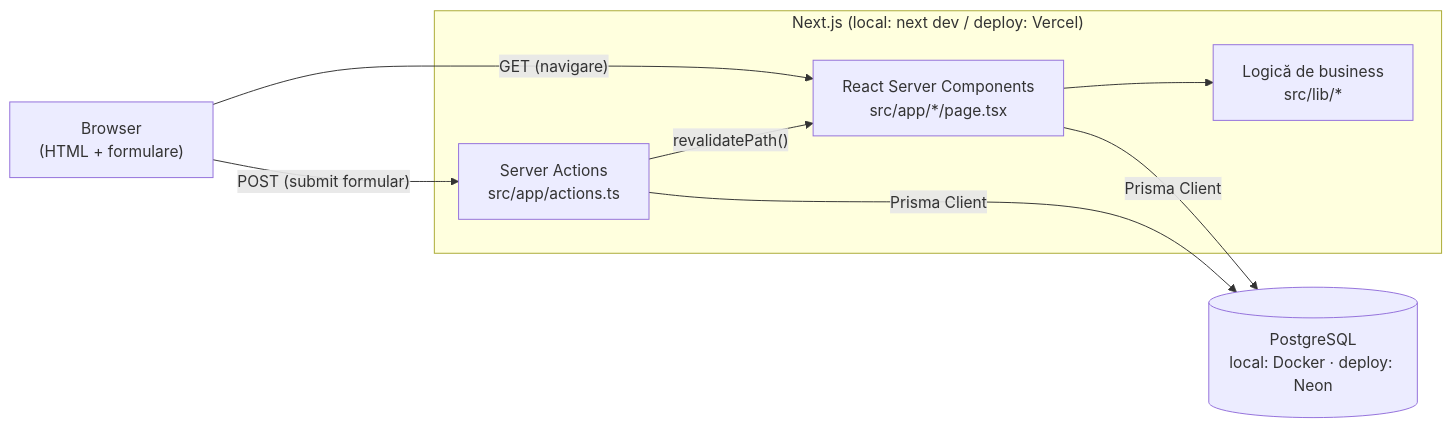
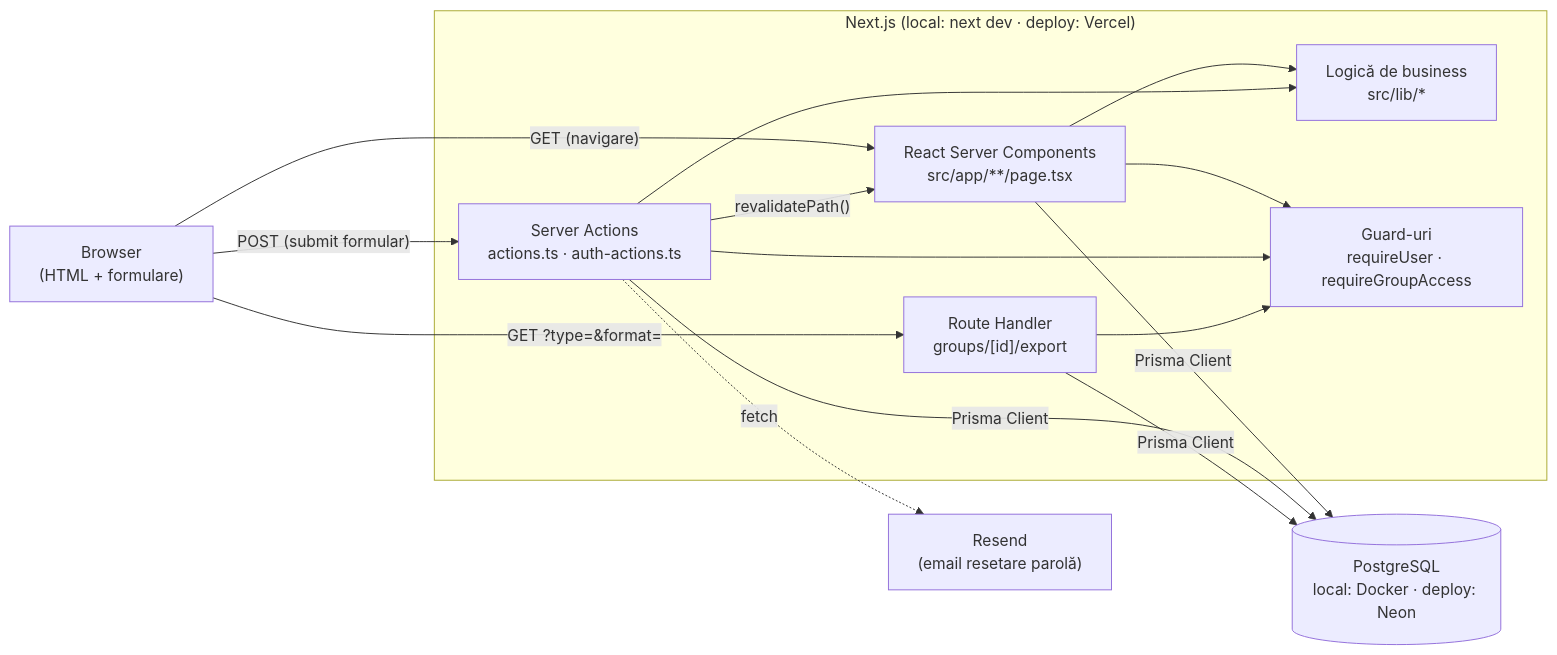
One commit to anapascu-08/expense-splitter changed the first of 5 diagrams in ARCHITECTURE.md. Above: the diagram before and after it, drawn with Mermaid. The commit also changed other lines of this file, not shown here.

Commit message:
docs(architecture): update project architecture details and clarify authentication flow

````diff
--- a/ARCHITECTURE.md
+++ b/ARCHITECTURE.md
@@ -19,17 +16,27 @@
 ```mermaid
 flowchart LR
   Browser["Browser<br/>(HTML + formulare)"]
-  subgraph App["Next.js (local: next dev / deploy: Vercel)"]
-    RSC["React Server Components<br/>src/app/*/page.tsx"]
-    Actions["Server Actions<br/>src/app/actions.ts"]
+  subgraph App["Next.js (local: next dev · deploy: Vercel)"]
+    RSC["React Server Components<br/>src/app/**/page.tsx"]
+    Actions["Server Actions<br/>actions.ts · auth-actions.ts"]
+    Route["Route Handler<br/>groups/[id]/export"]
     Logic["Logică de business<br/>src/lib/*"]
+    Guard["Guard-uri<br/>requireUser · requireGroupAccess"]
   end
   DB[("PostgreSQL<br/>local: Docker · deploy: Neon")]
+  Resend["Resend<br/>(email resetare parolă)"]
 
   Browser -- "GET (navigare)" --> RSC
   Browser -- "POST (submit formular)" --> Actions
+  Browser -- "GET ?type=&format=" --> Route
+  RSC --> Guard
+  Actions --> Guard
+  Route --> Guard
   RSC --> Logic
+  Actions --> Logic
   RSC -- "Prisma Client" --> DB
   Actions -- "Prisma Client" --> DB
+  Route -- "Prisma Client" --> DB
   Actions -- "revalidatePath()" --> RSC
+  Actions -. "fetch" .-> Resend
 ```
````
